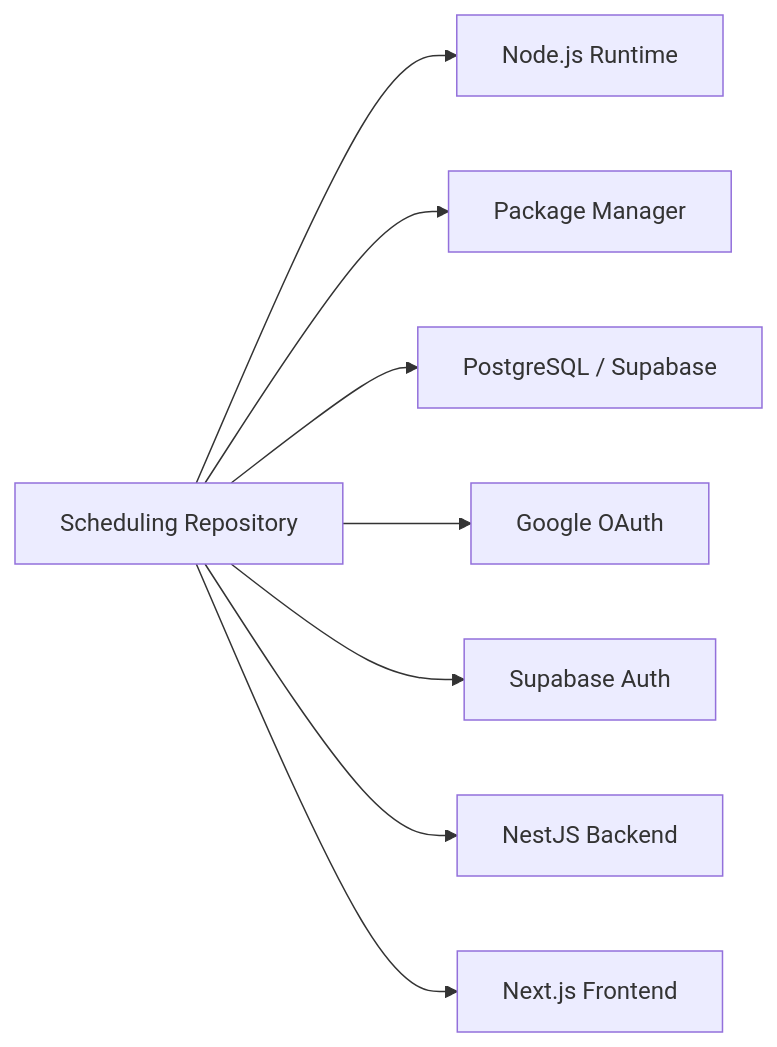
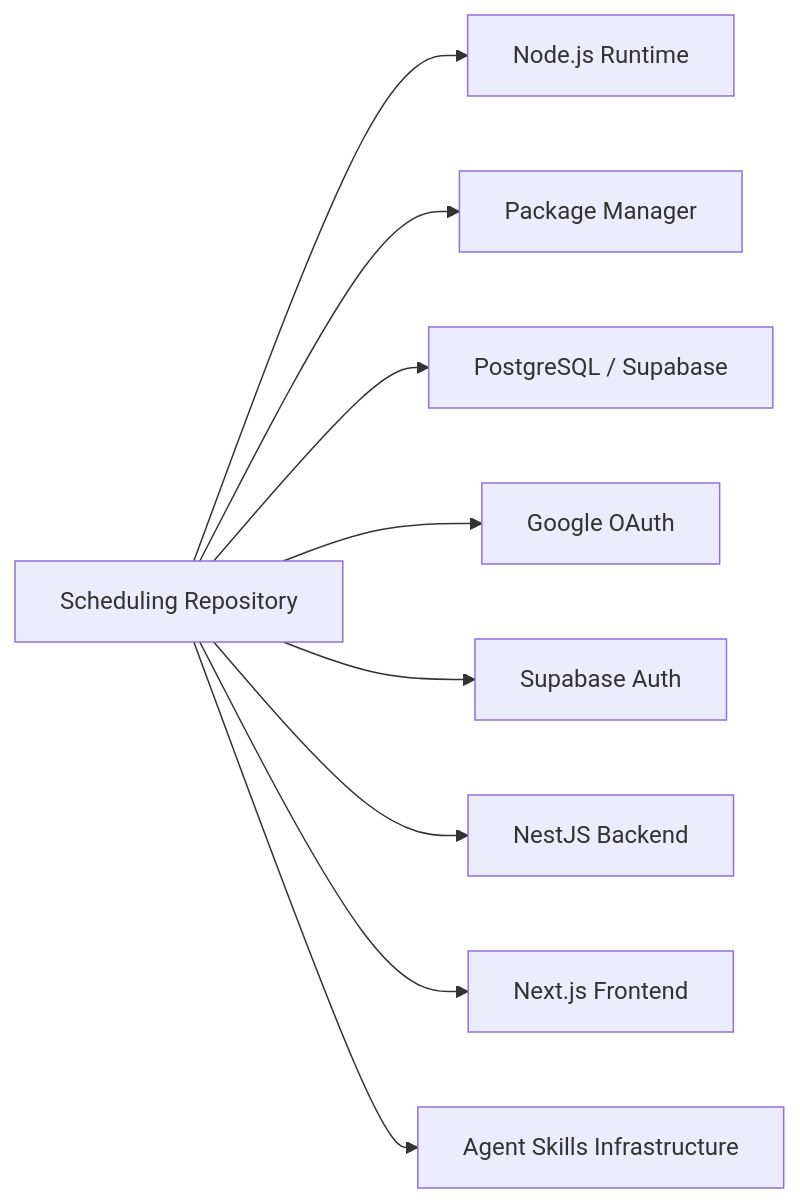
The fourth of 4 diagrams in .qoder/repowiki/en/content/Development Setup Guide.md (epo33m/scheduling), drawn with Mermaid before and after one commit. The commit also changed other lines of this file and 28 other files, not shown here.

````diff
--- a/.qoder/repowiki/en/content/Development Setup Guide.md
+++ b/.qoder/repowiki/en/content/Development Setup Guide.md
@@ -200,18 +319,20 @@
 ```mermaid
 graph LR
 Repo["Scheduling Repository"]
 Node["Node.js Runtime"]
 PackageManager["Package Manager"]
 PostgreSQL["PostgreSQL / Supabase"]
 GoogleOAuth["Google OAuth"]
 SupabaseAuth["Supabase Auth"]
 NestJS["NestJS Backend"]
 NextJS["Next.js Frontend"]
+AgentSkills["Agent Skills Infrastructure"]
 Repo --> Node
 Repo --> PackageManager
 Repo --> PostgreSQL
 Repo --> GoogleOAuth
 Repo --> SupabaseAuth
 Repo --> NestJS
 Repo --> NextJS
+Repo --> AgentSkills
 ```
````
